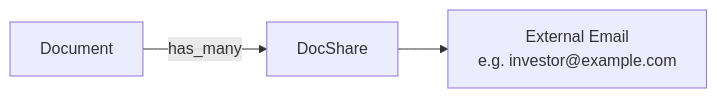
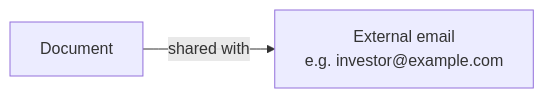
Before and after one commit to sampadadiwan/IRM_CompanyMain: the third of 3 diagrams in docs/user_guides/document_management_user_guide.md, drawn with Mermaid. The commit also changed other lines of this file and 21 other files, not shown here.

````diff
--- a/docs/user_guides/document_management_user_guide.md
+++ b/docs/user_guides/document_management_user_guide.md
@@ -271,5 +199,4 @@
 ```mermaid
 flowchart LR
-    Document -->|has_many| DocShare
-    DocShare --> EmailRecipient[External Email\ne.g. investor@example.com]
+    Document -->|shared with| Email[External email<br/>e.g. investor@example.com]
 ```
````
